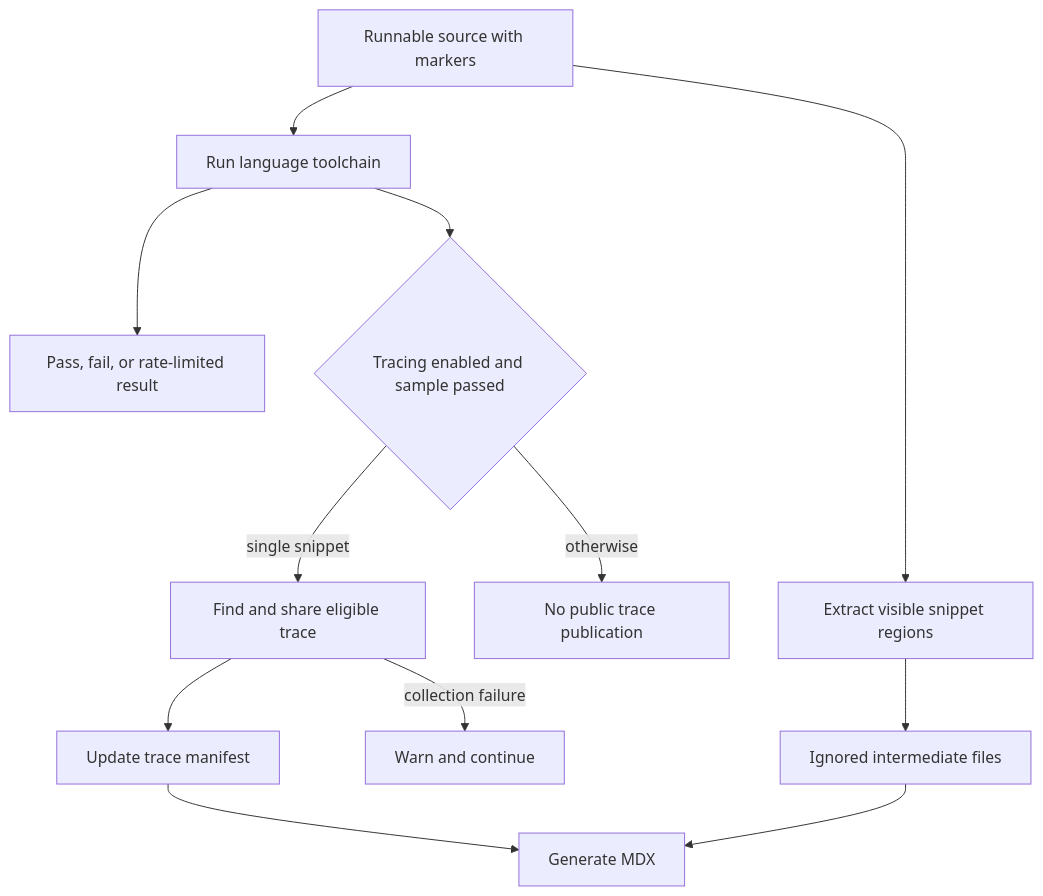
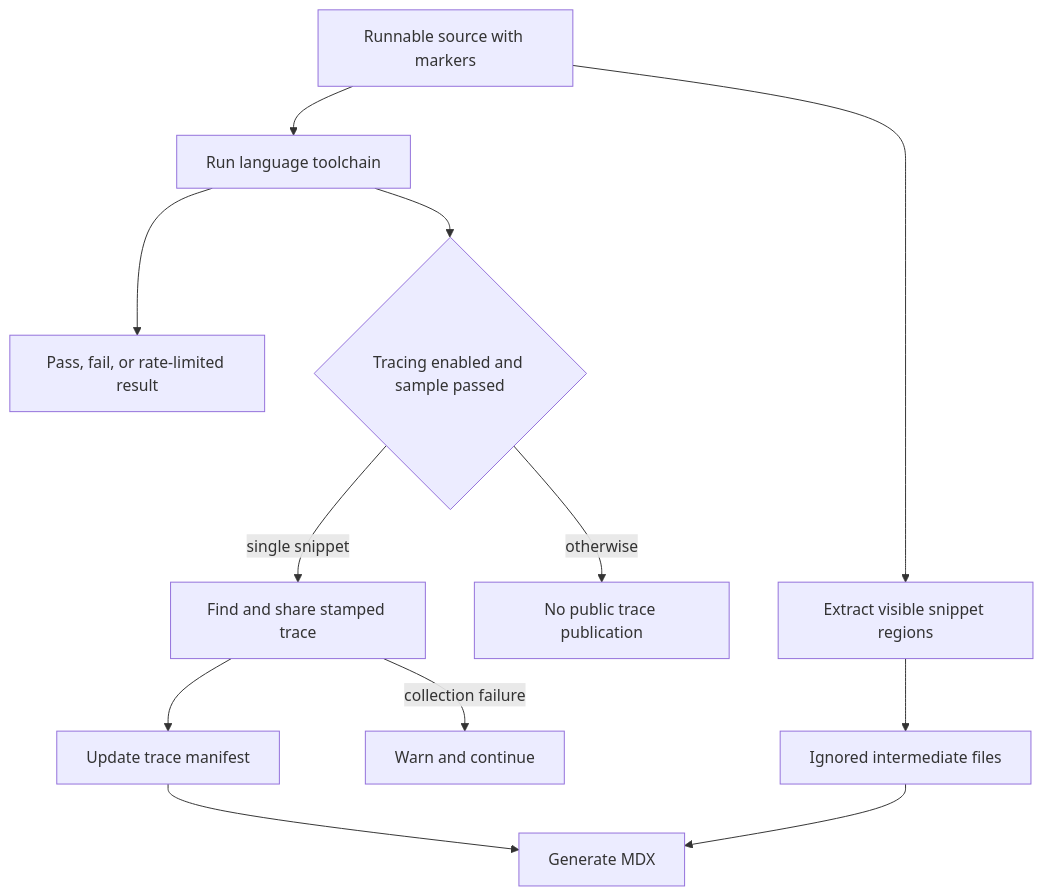
Before and after one commit to rishi-raj-jain/docs-1: the diagram in openwiki/workflows/code-sample-lifecycle.md, drawn with Mermaid. The commit also changed other lines of this file and 30 other files, not shown here.

````diff
--- a/openwiki/workflows/code-sample-lifecycle.md
+++ b/openwiki/workflows/code-sample-lifecycle.md
@@ -45,14 +53,14 @@
 ```mermaid
 flowchart TD
   Source["Runnable source with markers"] --> Validate["Run language toolchain"]
   Validate --> Result["Pass, fail, or rate-limited result"]
   Source --> Extract["Extract visible snippet regions"]
   Extract --> Intermediate["Ignored intermediate files"]
   Intermediate --> Render["Generate MDX"]
   Validate --> TraceGate{"Tracing enabled and sample passed"}
-  TraceGate -->|"single snippet"| Collect["Find and share eligible trace"]
+  TraceGate -->|"single snippet"| Collect["Find and share stamped trace"]
   Collect --> Manifest["Update trace manifest"]
   Manifest --> Render
   TraceGate -->|"otherwise"| NoPublish["No public trace publication"]
   Collect -->|"collection failure"| Warn["Warn and continue"]
 ```
````
